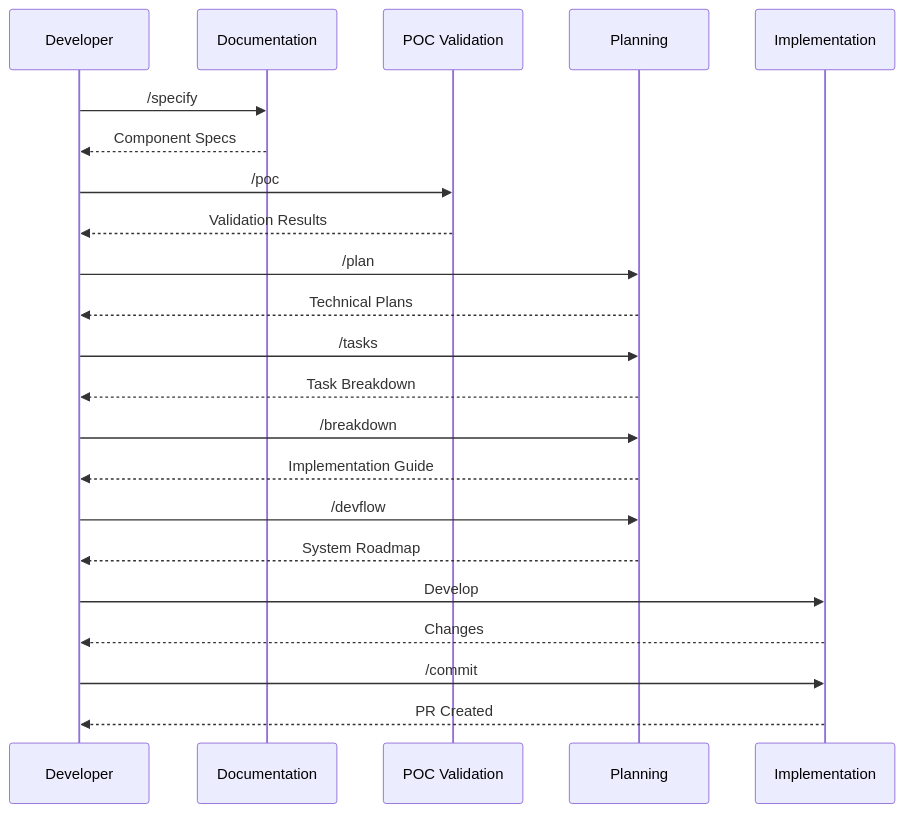
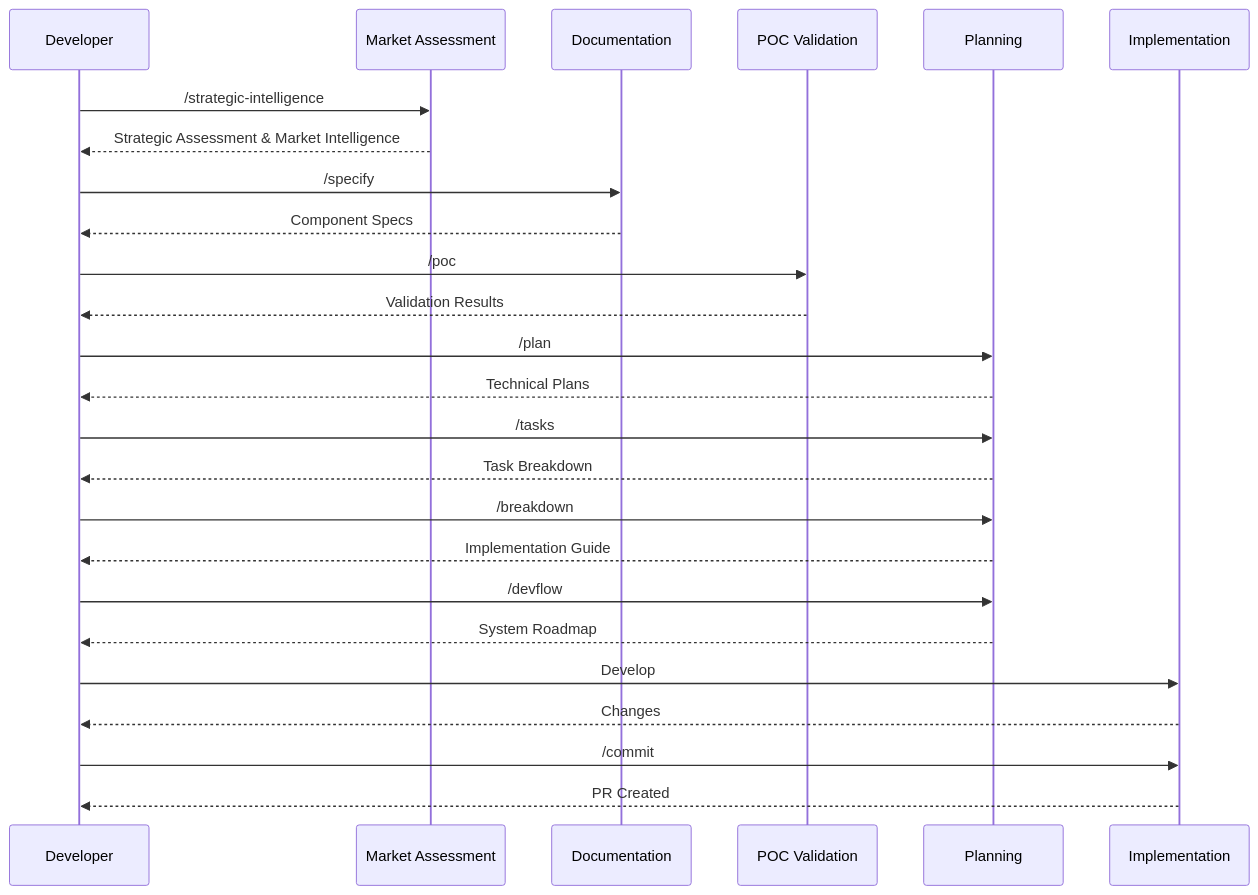
One commit to Mathews-Tom/sage-dev changed the eighth of 22 diagrams in commands/WORKFLOW.md. Above: the diagram before and after it, drawn with Mermaid. The commit also changed other lines of this file and 3 other files, not shown here.

First line of the commit message:
Add /strategic-intelligence command and integrate across docs; remove legacy gap analysis

````diff
--- a/commands/WORKFLOW.md
+++ b/commands/WORKFLOW.md
@@ -168,32 +183,36 @@
 ```mermaid
 sequenceDiagram
     participant Dev as Developer
+    participant Assessment as Market Assessment
     participant Docs as Documentation
     participant POC as POC Validation
     participant Plan as Planning
     participant Code as Implementation
-    
+
+    Dev->>Assessment: /strategic-intelligence
+    Assessment-->>Dev: Strategic Assessment & Market Intelligence
+
     Dev->>Docs: /specify
     Docs-->>Dev: Component Specs
-    
+
     Dev->>POC: /poc
     POC-->>Dev: Validation Results
-    
+
     Dev->>Plan: /plan
     Plan-->>Dev: Technical Plans
-    
+
     Dev->>Plan: /tasks
     Plan-->>Dev: Task Breakdown
-    
+
     Dev->>Plan: /breakdown
     Plan-->>Dev: Implementation Guide
-    
+
     Dev->>Plan: /devflow
     Plan-->>Dev: System Roadmap
-    
+
     Dev->>Code: Develop
     Code-->>Dev: Changes
-    
+
     Dev->>Code: /commit
     Code-->>Dev: PR Created
 ```
````
